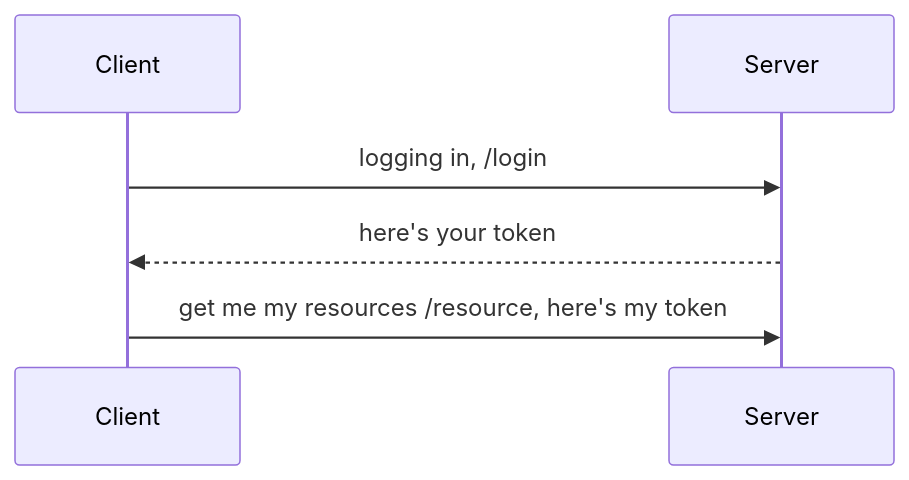
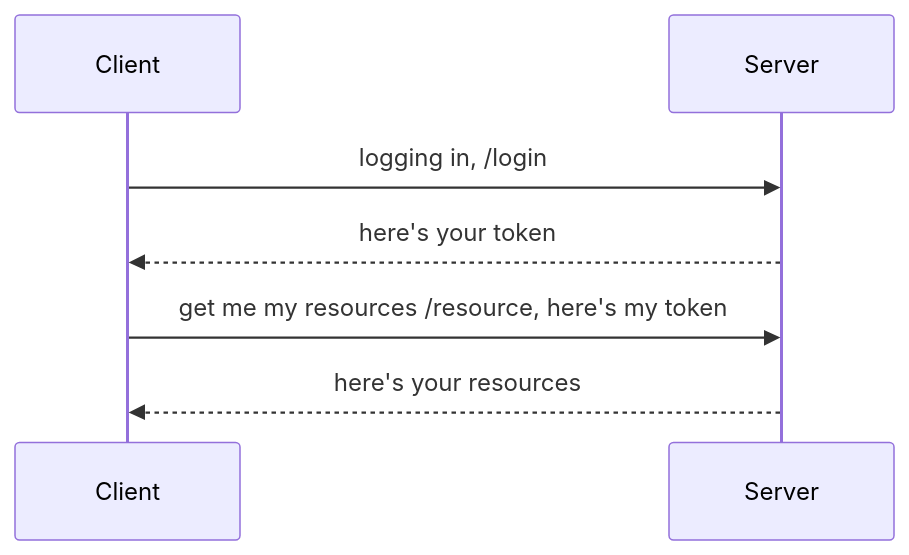
One commit to mkader/mcp-for-beginners changed the second of 2 diagrams in 03-GettingStarted/13-simple-auth/README.md. Above: the diagram before and after it, drawn with Mermaid. The commit also changed other lines of this file and 8 other files, not shown here.

````diff
--- a/03-GettingStarted/13-simple-auth/README.md
+++ b/03-GettingStarted/13-simple-auth/README.md
@@ -663,9 +716,10 @@
 ```mermaid
 sequenceDiagram
    participant Client
    participant Server
 
    Client->>Server: logging in, /login
    Server-->>Client: here's your token
    Client->>Server: get me my resources /resource, here's my token
+   Server-->>Client: here's your resources
 ```
````
